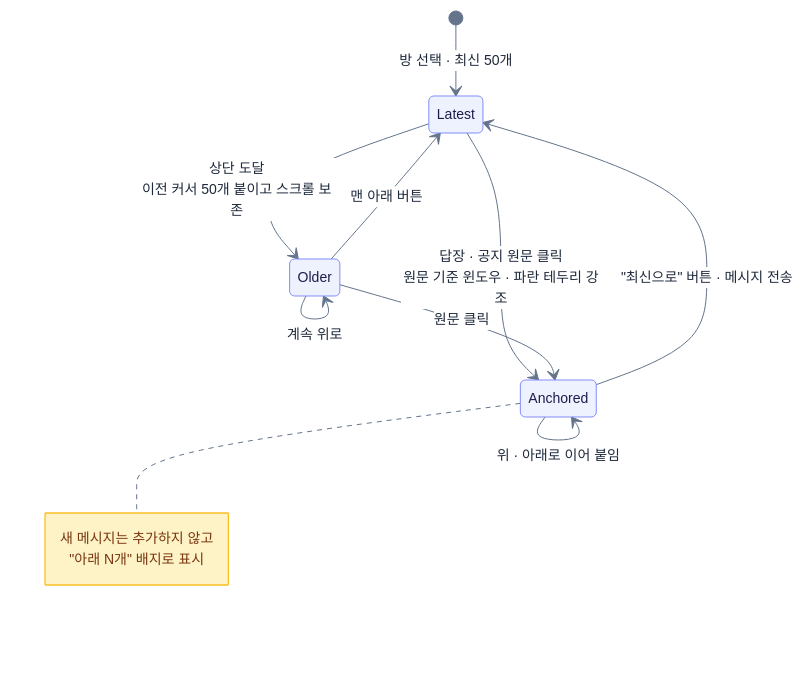
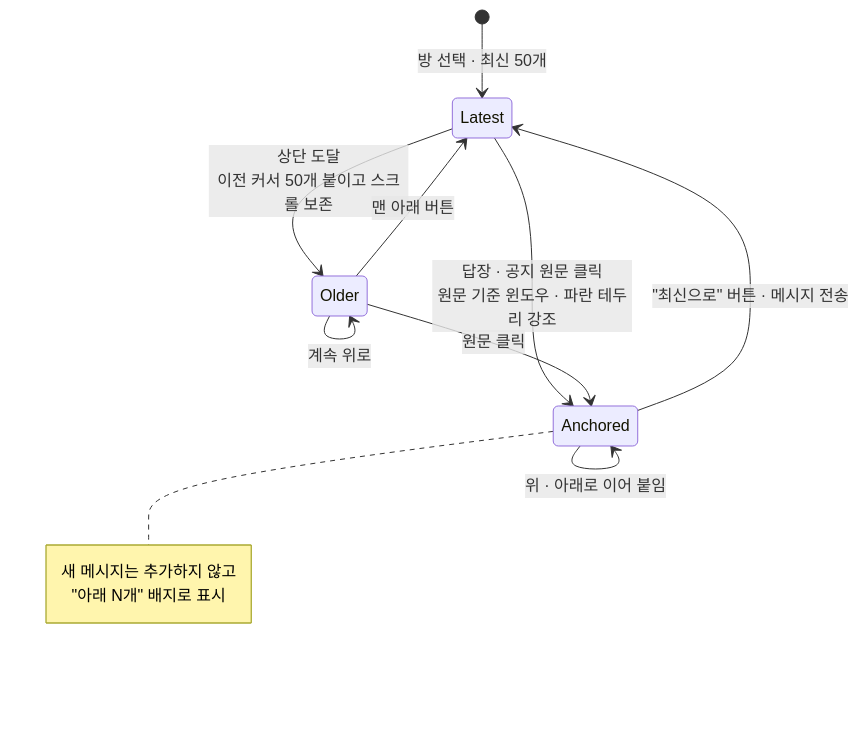
One commit to wjsgusdn12/naverworks_clone_front changed the fifth of 10 diagrams in README.md. Above: the diagram before and after it, drawn with Mermaid. The commit also changed other lines of this file and 19 other files, not shown here.

````diff
--- a/README.md
+++ b/README.md
@@ -367,62 +180,19 @@
 ```mermaid
 ---
 config:
-  theme: base
-  fontFamily: "Pretendard, Malgun Gothic, Apple SD Gothic Neo, Noto Sans KR, sans-serif"
   markdownAutoWrap: false
-  themeVariables:
-    fontSize: 14px
-    primaryColor: "#eef2ff"
-    primaryTextColor: "#1e1b4b"
-    primaryBorderColor: "#818cf8"
-    secondaryColor: "#f0f9ff"
-    secondaryBorderColor: "#7dd3fc"
-    tertiaryColor: "#f8fafc"
-    tertiaryBorderColor: "#cbd5e1"
-    lineColor: "#64748b"
-    textColor: "#1e293b"
-    clusterBkg: "#f8fafc"
-    clusterBorder: "#cbd5e1"
-    edgeLabelBackground: "#ffffff"
-    nodeBorder: "#818cf8"
-    mainBkg: "#eef2ff"
-    actorBkg: "#eef2ff"
-    actorBorder: "#818cf8"
-    actorTextColor: "#1e1b4b"
-    actorLineColor: "#cbd5e1"
-    signalColor: "#334155"
-    signalTextColor: "#334155"
-    labelBoxBkgColor: "#f1f5f9"
-    labelBoxBorderColor: "#cbd5e1"
-    noteBkgColor: "#fef3c7"
-    noteBorderColor: "#fbbf24"
-    noteTextColor: "#78350f"
-    activationBkgColor: "#e0e7ff"
-    activationBorderColor: "#818cf8"
-    cScale0: "#6366f1"
-    cScale1: "#0ea5e9"
-    cScale2: "#10b981"
-    cScale3: "#f59e0b"
-    cScale4: "#ec4899"
-    cScaleLabel0: "#ffffff"
-    cScaleLabel1: "#ffffff"
-    cScaleLabel2: "#ffffff"
-    cScaleLabel3: "#ffffff"
-    cScaleLabel4: "#ffffff"
-    attributeBackgroundColorEven: "#f8fafc"
-    attributeBackgroundColorOdd: "#ffffff"
 ---
 stateDiagram-v2
     [*] --> Latest : 방 선택 · 최신 50개
     Latest --> Older : 상단 도달<br/>이전 커서 50개 붙이고 스크롤 보존
     Older --> Older : 계속 위로
     Latest --> Anchored : 답장 · 공지 원문 클릭<br/>원문 기준 윈도우 · 파란 테두리 강조
     Older --> Anchored : 원문 클릭
     Anchored --> Anchored : 위 · 아래로 이어 붙임
     Anchored --> Latest : "최신으로" 버튼 · 메시지 전송
     Older --> Latest : 맨 아래 버튼
     note right of Anchored
         새 메시지는 추가하지 않고
         "아래 N개" 배지로 표시
     end note
 ```
````
